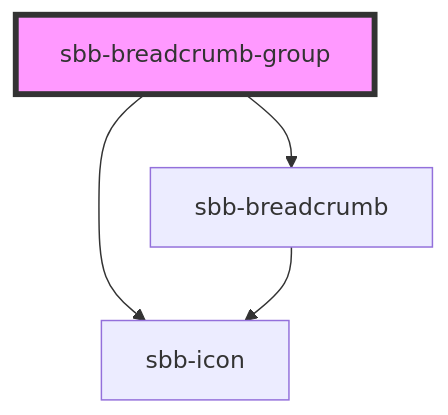
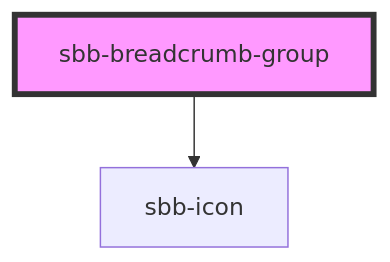
Before and after one commit to sbb-design-systems/lyne-components: the diagram in src/components/sbb-breadcrumb-group/readme.md, drawn with Mermaid. The commit also changed other lines of this file and 4 other files, not shown here.

````diff
--- a/src/components/sbb-breadcrumb-group/readme.md
+++ b/src/components/sbb-breadcrumb-group/readme.md
@@ -47,7 +48,5 @@
 ```mermaid
 graph TD;
   sbb-breadcrumb-group --> sbb-icon
-  sbb-breadcrumb-group --> sbb-breadcrumb
-  sbb-breadcrumb --> sbb-icon
   style sbb-breadcrumb-group fill:#f9f,stroke:#333,stroke-width:4px
 ```
````
